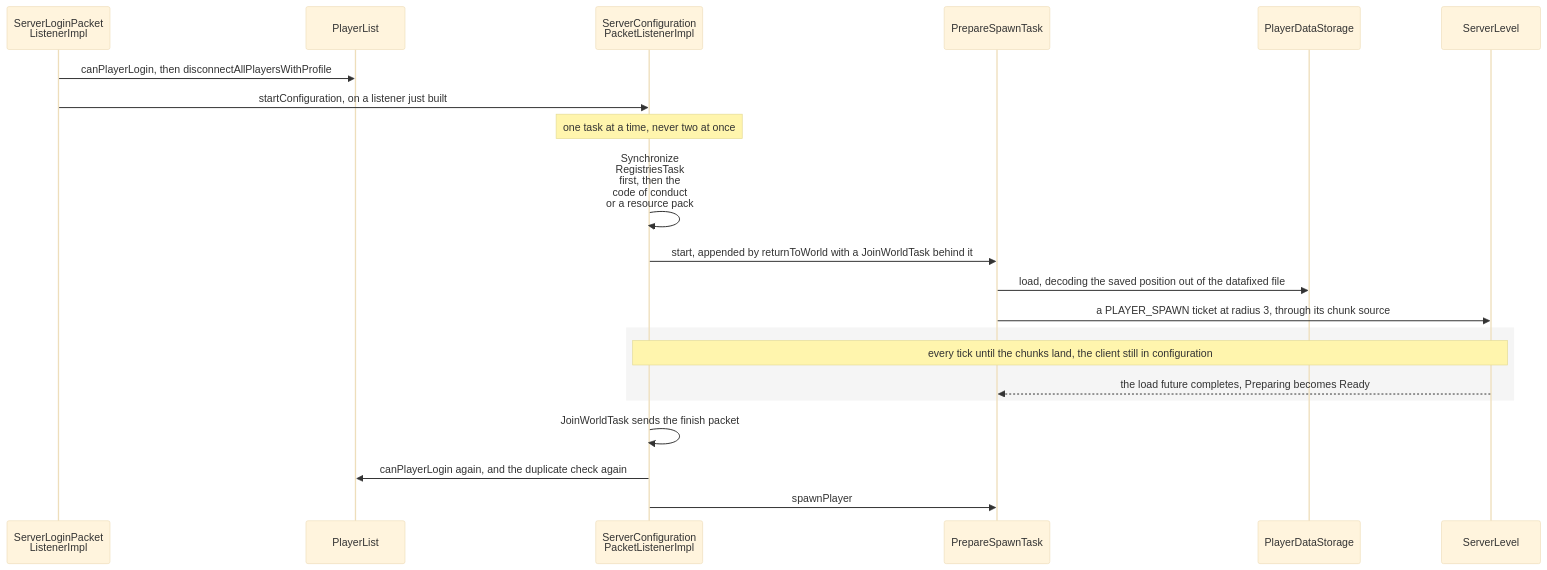
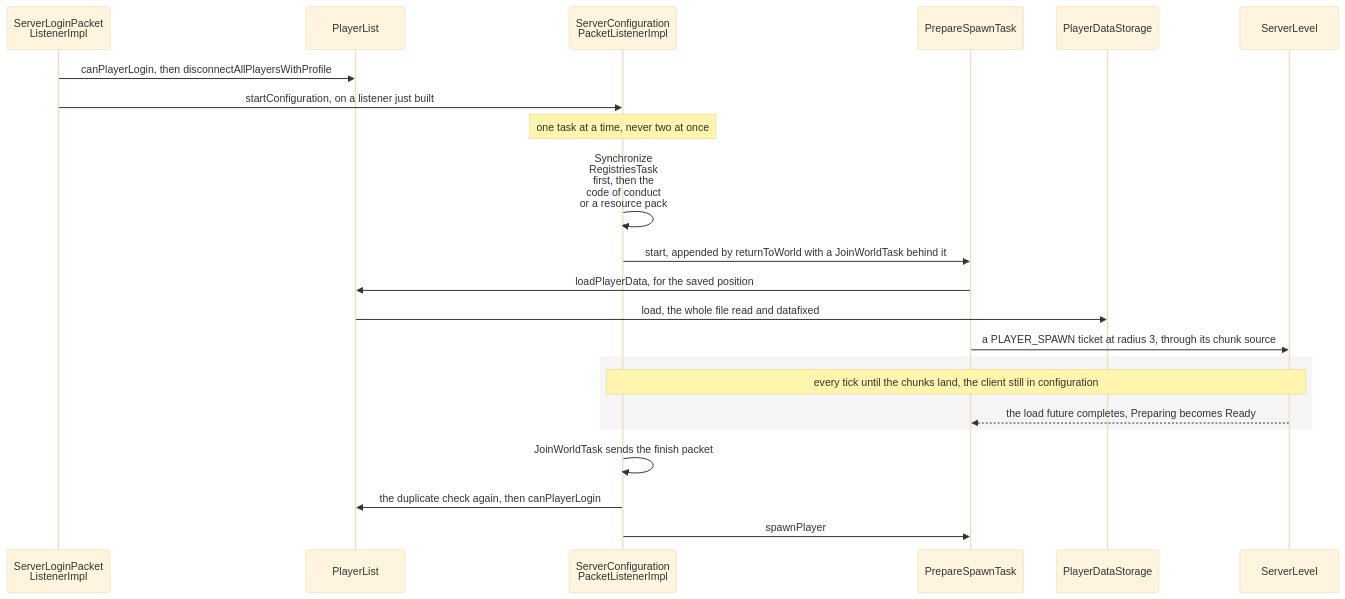
One commit to AlexanderjFraser/MinecraftDocs changed the first of 2 diagrams in src/systems/server/players-and-sessions.md. Above: the diagram before and after it, drawn with Mermaid (base theme). The commit also changed other lines of this file and 15 other files, not shown here.

````diff
--- a/src/systems/server/players-and-sessions.md
+++ b/src/systems/server/players-and-sessions.md
@@ -89,24 +93,25 @@
 ```mermaid
 sequenceDiagram
     participant SLPL as ServerLoginPacket<br/>ListenerImpl
     participant PL as PlayerList
     participant SCPL as ServerConfiguration<br/>PacketListenerImpl
     participant PST as PrepareSpawnTask
     participant PDS as PlayerDataStorage
     participant SL as ServerLevel
 
     SLPL->>PL: canPlayerLogin, then disconnectAllPlayersWithProfile
     SLPL->>SCPL: startConfiguration, on a listener just built
     Note over SCPL: one task at a time, never two at once
     SCPL->>SCPL: Synchronize<br/>RegistriesTask<br/>first, then the<br/>code of conduct<br/>or a resource pack
     SCPL->>PST: start, appended by returnToWorld with a JoinWorldTask behind it
-    PST->>PDS: load, decoding the saved position out of the datafixed file
+    PST->>PL: loadPlayerData, for the saved position
+    PL->>PDS: load, the whole file read and datafixed
     PST->>SL: a PLAYER_SPAWN ticket at radius 3, through its chunk source
     rect rgba(0, 0, 0, 0.04)
         Note over SCPL,SL: every tick until the chunks land, the client still in configuration
         SL-->>PST: the load future completes, Preparing becomes Ready
     end
     SCPL->>SCPL: JoinWorldTask sends the finish packet
-    SCPL->>PL: canPlayerLogin again, and the duplicate check again
+    SCPL->>PL: the duplicate check again, then canPlayerLogin
     SCPL->>PST: spawnPlayer
 ```
````
